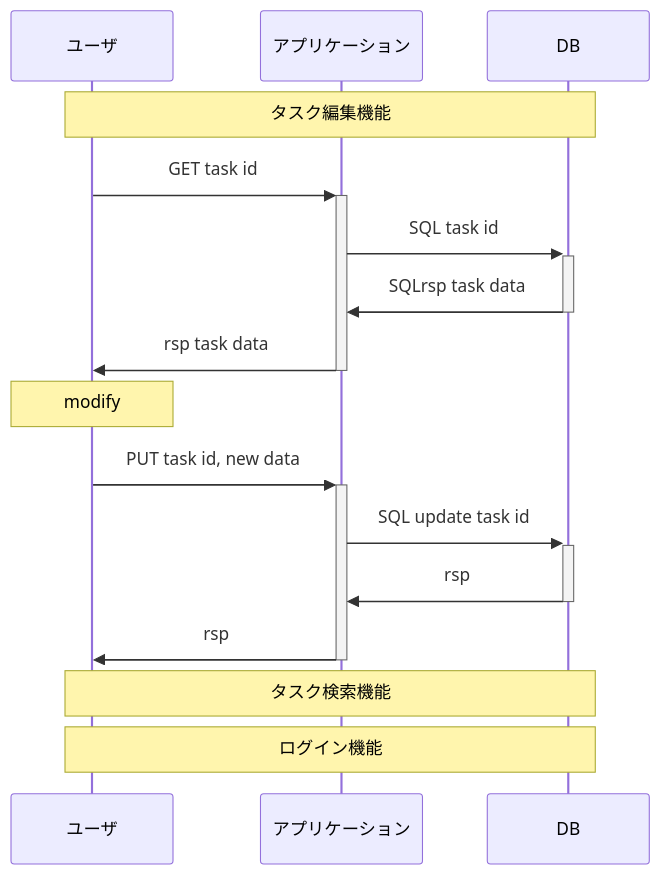
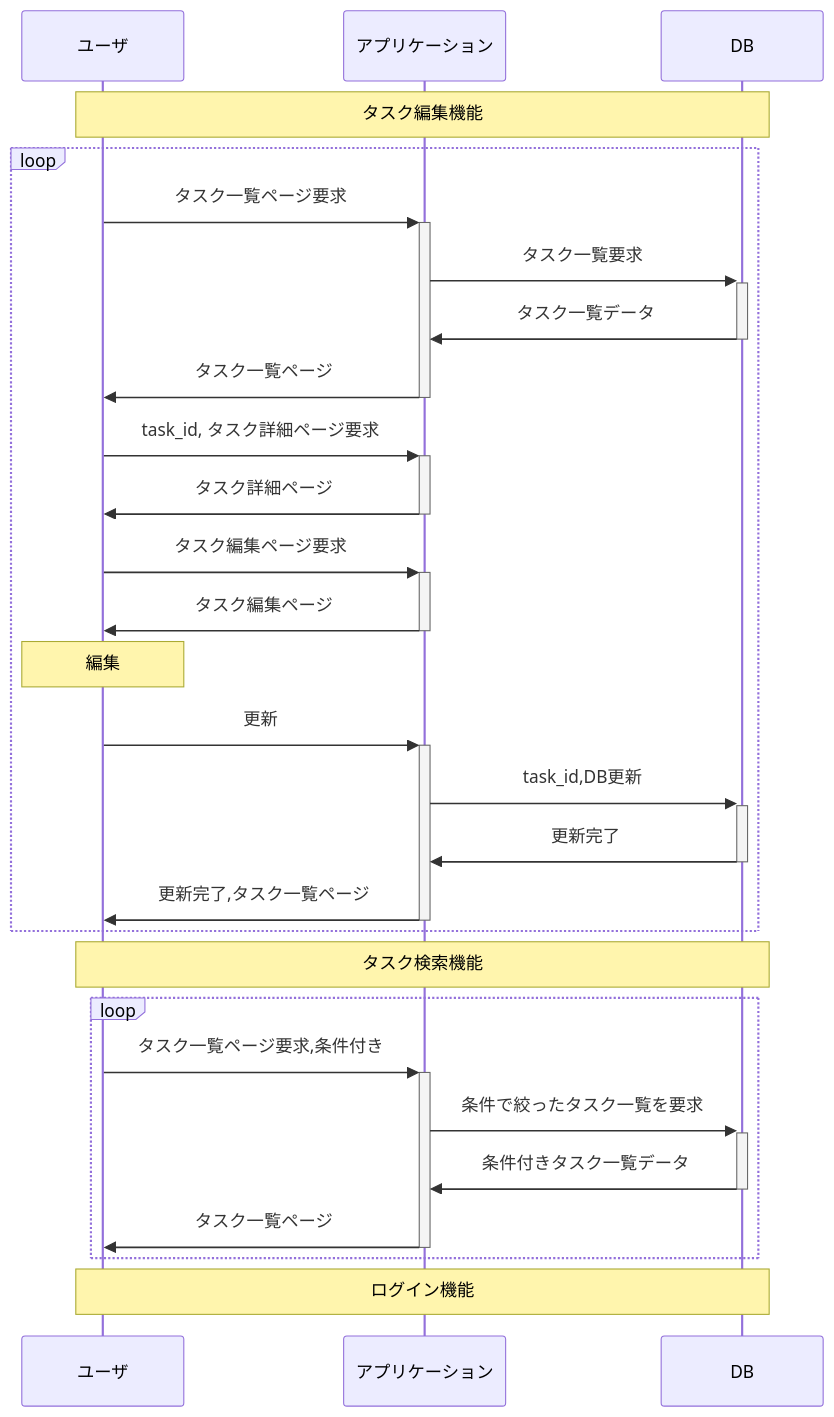
The diagram in taskSQ2_2.md (HH-H5/todolist), drawn with Mermaid before and after one commit. The commit also changed 11 other files, not shown here.

````diff
--- a/taskSQ2_2.md
+++ b/taskSQ2_2.md
@@ -1,24 +1,35 @@
 ```mermaid
 
 sequenceDiagram
 participant usr as ユーザ
 participant app as アプリケーション
 participant dbs as DB
 
 Note over usr, dbs: タスク編集機能
-
-usr ->>+ app: GET task id
-app ->>+ dbs: SQL task id
-dbs ->>- app: SQLrsp task data
-app ->>- usr: rsp task data
-Note over usr : modify
-usr ->>+ app: PUT task id, new data
-app ->>+ dbs: SQL update task id
-dbs ->>- app: rsp
-app ->>- usr: rsp 
+loop
+usr ->>+ app: タスク一覧ページ要求
+app ->>+ dbs: タスク一覧要求
+dbs ->>- app: タスク一覧データ
+app ->>- usr: タスク一覧ページ
+usr ->>+ app: task_id, タスク詳細ページ要求
+app ->>- usr: タスク詳細ページ
+usr ->>+ app: タスク編集ページ要求
+app ->>- usr: タスク編集ページ
+Note over usr : 編集
+usr ->>+ app: 更新
+app ->>+ dbs: task_id,DB更新
+dbs ->>- app: 更新完了
+app ->>- usr: 更新完了,タスク一覧ページ
+end
 
 Note over usr, dbs: タスク検索機能
+loop
+usr ->>+ app: タスク一覧ページ要求,条件付き
+app ->>+ dbs: 条件で絞ったタスク一覧を要求
+dbs ->>- app: 条件付きタスク一覧データ
+app ->>- usr: タスク一覧ページ
+end
 
 Note over usr, dbs: ログイン機能
 
 ```
````
